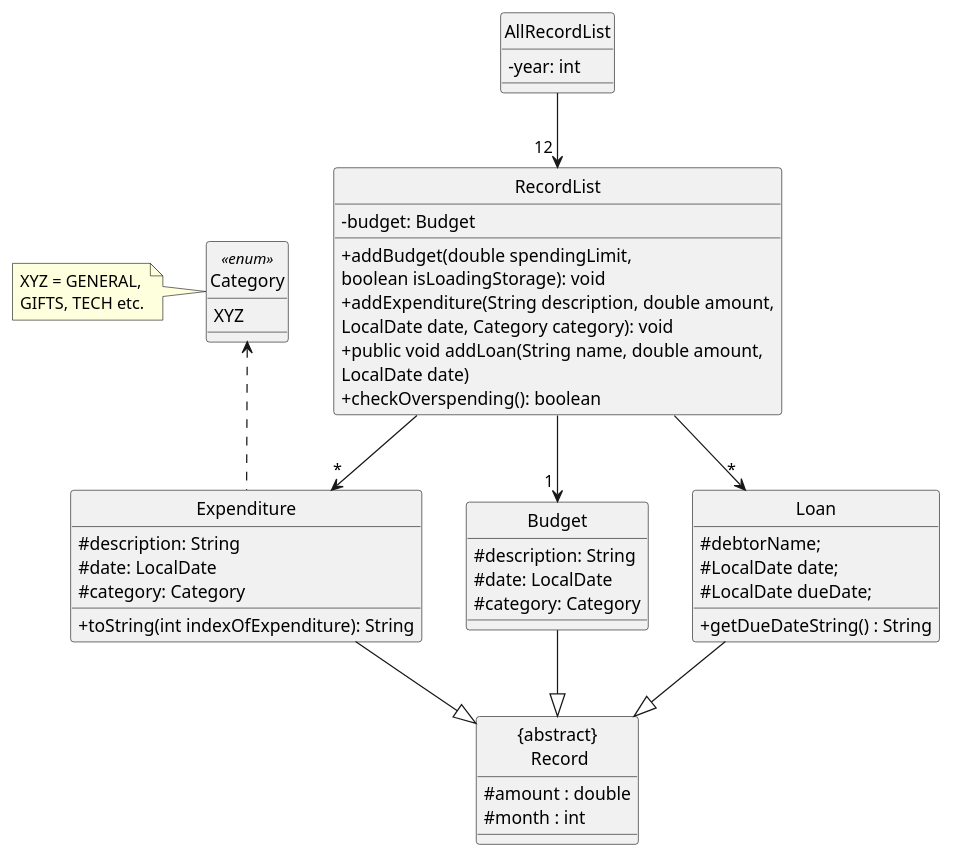
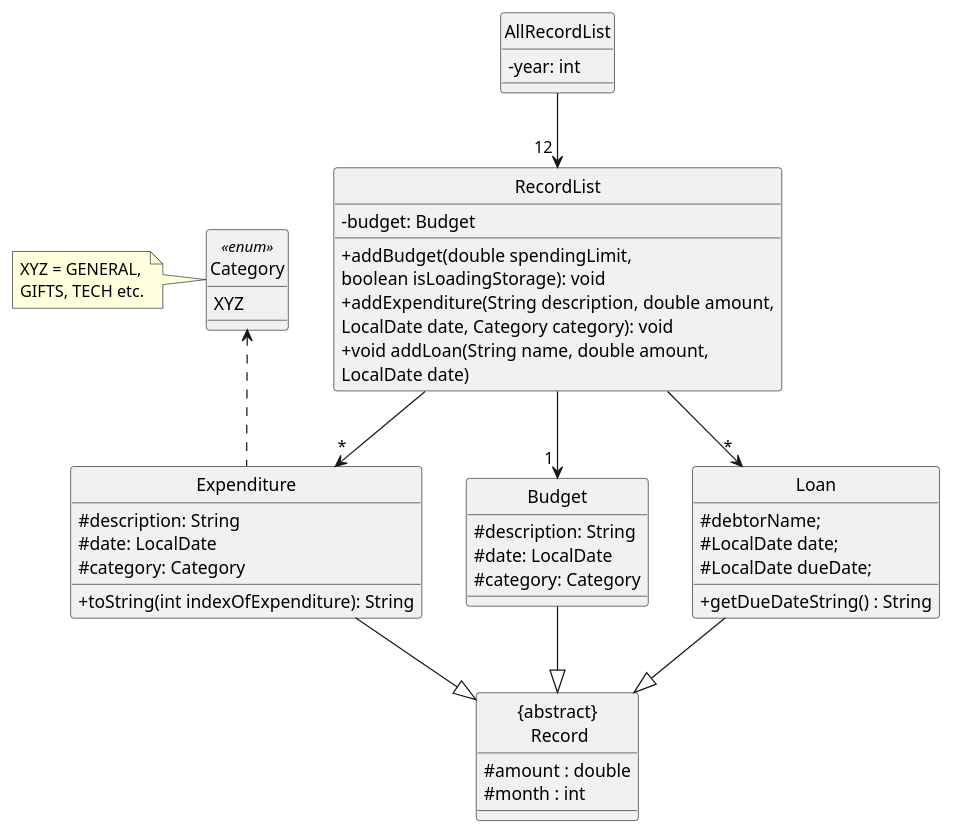
Before and after one commit to nus-cs2113-AY2122S1/tp: the diagram in docs/diagrams/Data.puml, drawn with PlantUML. The commit also changed 14 other files, not shown here.

```diff
--- a/docs/diagrams/Data.puml
+++ b/docs/diagrams/Data.puml
@@ -1,76 +1,75 @@
 @startuml
 'https://plantuml.com/class-diagram'
 hide circle
 skinparam classAttributeIconSize 0
 
 class AllRecordList
 class RecordList
 enum Category <<enum>>
 
 abstract class "{abstract}\n Record" as Record
 
 AllRecordList -down->"12 " RecordList
 
 RecordList -down->"1 " Budget
 RecordList -down->"*" Loan
 RecordList -down->"*" Expenditure
 
 Budget -down-|> Record
 Expenditure -down-|> Record
 Loan -down-|> Record
 
 Expenditure -up.> Category
 
 RecordList -[hidden]left-> Category
 
 class AllRecordList {
  - year: int
 }
 
 class RecordList {
  - budget: Budget
 
  + addBudget(double spendingLimit,
  boolean isLoadingStorage): void
  + addExpenditure(String description, double amount,
  LocalDate date, Category category): void
- + public void addLoan(String name, double amount,
+ + void addLoan(String name, double amount,
   LocalDate date)
- + checkOverspending(): boolean
 }
 
 class Expenditure {
  # description: String
  # date: LocalDate
  # category: Category
  + toString(int indexOfExpenditure): String
 }
 
 class Budget {
  # description: String
  # date: LocalDate
  # category: Category
 }
 
 class Loan {
  # debtorName;
  # LocalDate date;
  # LocalDate dueDate;
  + getDueDateString() : String
 }
 
 class Record {
  # amount : double
  # month : int
 }
 
 
 enum Category {
 XYZ
 }
 note left
 XYZ = GENERAL,
 GIFTS, TECH etc.
 end note
 
 @enduml
```
